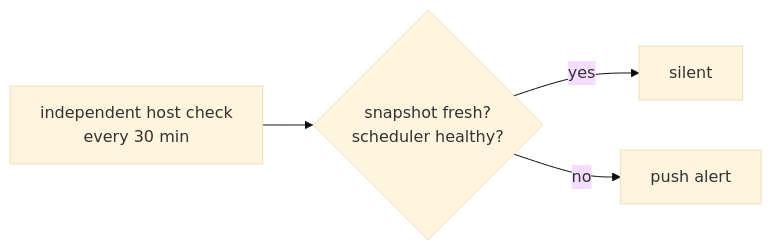
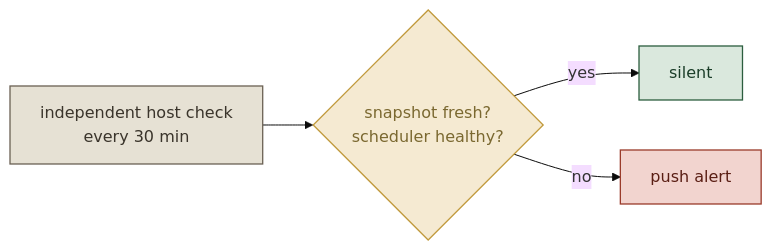
Before and after one commit to m-dur/docs: the fourth of 4 diagrams in README.md, drawn with Mermaid (base theme). The commit also changed other lines of this file, not shown here.

First line of the commit message:
Color-code diagrams semantically

````diff
--- a/README.md
+++ b/README.md
@@ -96,8 +135,21 @@
 ```mermaid
 flowchart LR
     CRON["independent host check<br/>every 30 min"]
     CHECK{"snapshot fresh?<br/>scheduler healthy?"}
+    OK["silent"]
+    ALERT["push alert"]
+
     CRON --> CHECK
-    CHECK -- yes --> OK["silent"]
-    CHECK -- no --> ALERT["push alert"]
+    CHECK -- yes --> OK
+    CHECK -- no --> ALERT
+
+    classDef setupCls  fill:#e6e1d4,stroke:#6b6154,color:#3a342b,stroke-width:1.3px
+    classDef decideCls fill:#f5ead2,stroke:#c19a3d,color:#7a6830,stroke-width:1.3px
+    classDef okCls     fill:#dae8dd,stroke:#2c5e3f,color:#1a3d28,stroke-width:1.3px
+    classDef alertCls  fill:#f2d4cf,stroke:#9a3b2b,color:#5a1e14,stroke-width:1.3px
+
+    class CRON setupCls
+    class CHECK decideCls
+    class OK okCls
+    class ALERT alertCls
 ```
````
